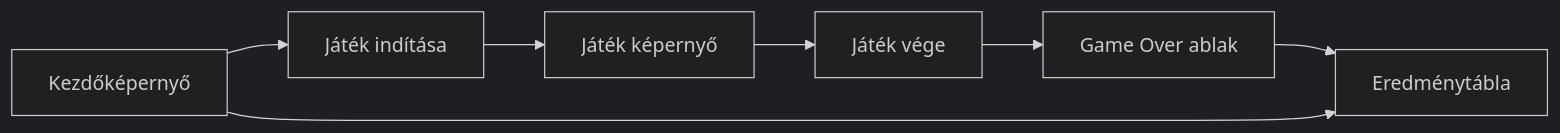
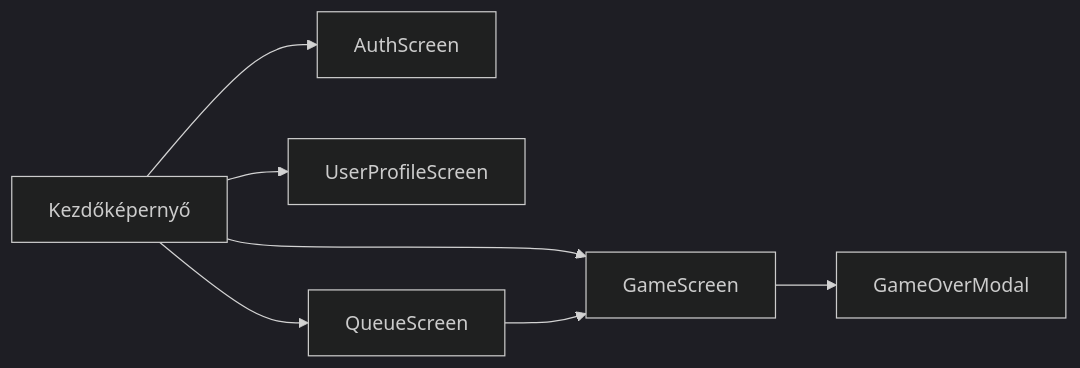
The diagram in docs/func-spec.md (GitDevla/infinite-simon), drawn with Mermaid (dark theme) before and after one commit. The commit also changed other lines of this file and 2 other files, not shown here.

````diff
--- a/docs/func-spec.md
+++ b/docs/func-spec.md
@@ -44,10 +33,10 @@
 ```mermaid
 graph LR
     A[Kezdőképernyő]
-    A --> B[Játék indítása]
-    B --> C[Játék képernyő]
-    C --> D[Játék vége]
-    D --> E[Game Over ablak]
-    E --> F[Eredménytábla]
-    A --> F
+    A --> B[AuthScreen]
+    A --> C[UserProfileScreen]
+    A --> D[GameScreen]
+    A --> E[QueueScreen]
+    E --> D
+    D --> F[GameOverModal]
 ```
````
